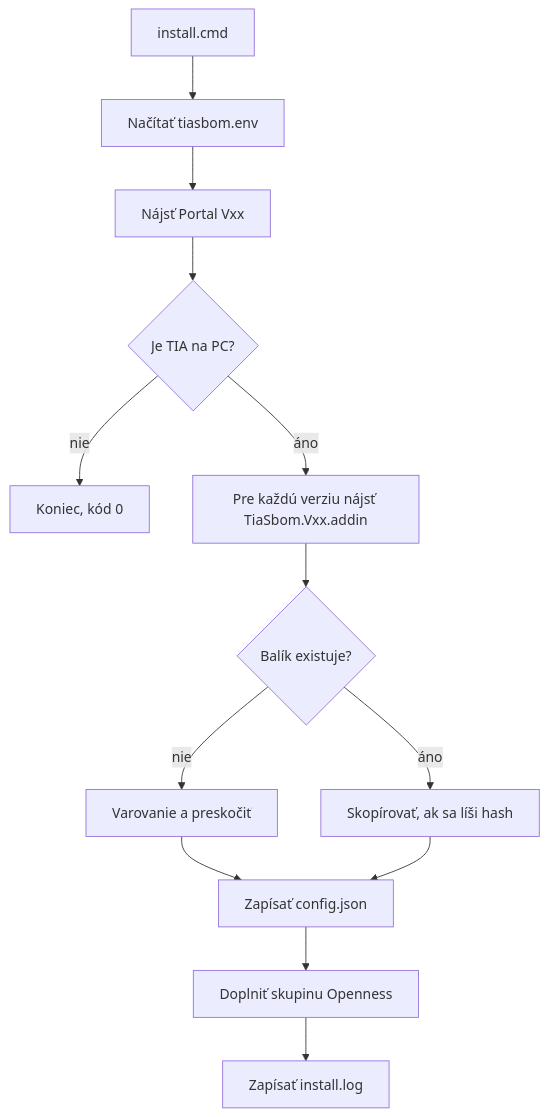
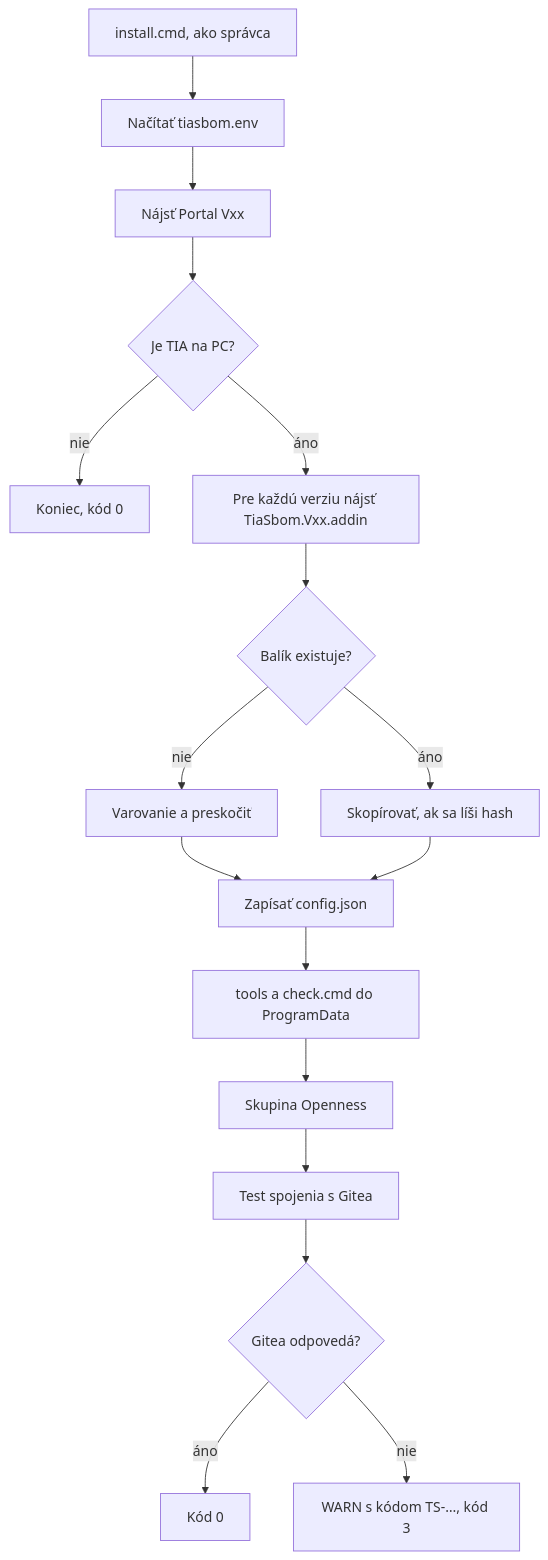
One commit to xsugra/tia-sbom-utility changed the first of 3 diagrams in docs/09-instalacia.md. Above: the diagram before and after it, drawn with Mermaid. The commit also changed other lines of this file and 81 other files, not shown here.

````diff
--- a/docs/09-instalacia.md
+++ b/docs/09-instalacia.md
@@ -25,15 +32,19 @@
 ```mermaid
 flowchart TD
-    A["install.cmd"] --> B["Načítať tiasbom.env"]
+    A["install.cmd, ako správca"] --> B["Načítať tiasbom.env"]
     B --> C["Nájsť Portal Vxx"]
     C --> D{"Je TIA na PC?"}
     D -->|"nie"| E["Koniec, kód 0"]
     D -->|"áno"| F["Pre každú verziu nájsť TiaSbom.Vxx.addin"]
     F --> G{"Balík existuje?"}
     G -->|"nie"| H["Varovanie a preskočiť"]
     G -->|"áno"| I["Skopírovať, ak sa líši hash"]
     H --> J["Zapísať config.json"]
     I --> J
-    J --> K["Doplniť skupinu Openness"]
-    K --> L["Zapísať install.log"]
+    J --> K["tools a check.cmd do ProgramData"]
+    K --> L["Skupina Openness"]
+    L --> M["Test spojenia s Gitea"]
+    M --> N{"Gitea odpovedá?"}
+    N -->|"áno"| O["Kód 0"]
+    N -->|"nie"| P["WARN s kódom TS-…, kód 3"]
 ```
````
